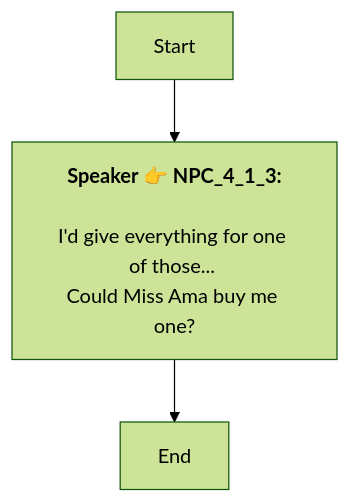
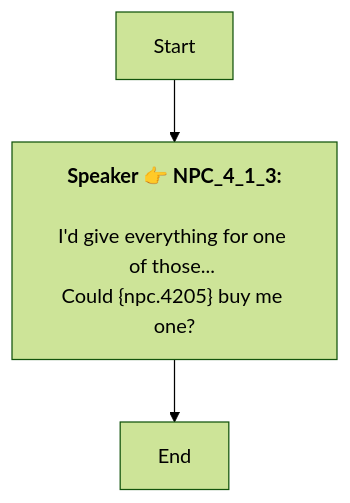
One commit to SoftHu/tos_avg changed the diagram in En/Dialog_54729916767396.md. Above: the diagram before and after it, drawn with Mermaid (forest theme). The commit also changed 730 other files, not shown here.

````diff
--- a/En/Dialog_54729916767396.md
+++ b/En/Dialog_54729916767396.md
@@ -1,8 +1,8 @@
 ```mermaid
 graph
 Start -->1751357408080441[<b>Speaker 👉 NPC_4_1_3:</b>
 \nI'd give everything for one of those... 
-Could Miss Ama buy me one?]
+Could &lbrace;npc.4205&rbrace; buy me one?]
 1751357408080441 -->1751357409769018[End]
 
 ```
````
